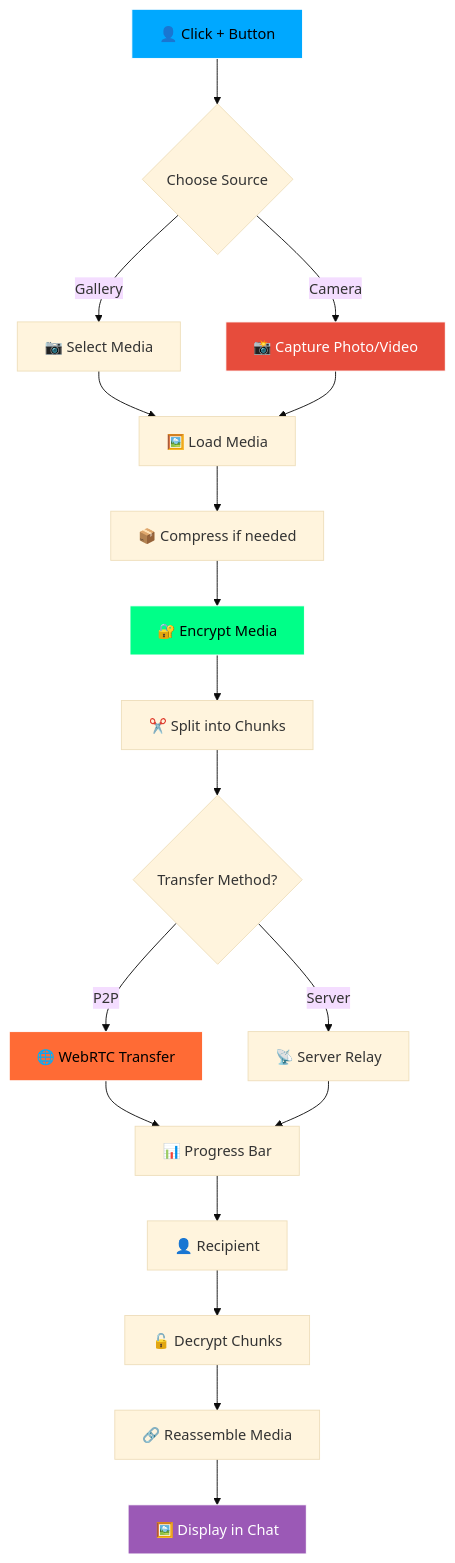
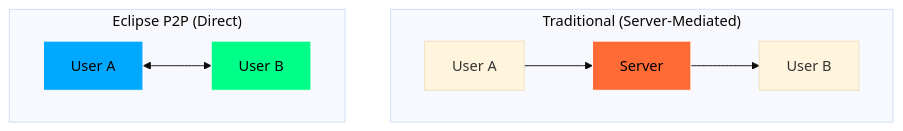
The sixth of 9 diagrams in README.md (Hetpatel01021111/Eclipse), drawn with Mermaid (base theme) before and after one commit. The commit also changed other lines of this file, not shown here.

Commit message:
docs: create comprehensive README with detailed architecture, security, and deployment guides

````diff
--- a/README.md
+++ b/README.md
@@ -145,31 +486,15 @@
 ```mermaid
 graph TB
-    A[👤 Click + Button] --> B{Choose Source}
-    B -->|Gallery| C[📷 Select Media]
-    B -->|Camera| D[📸 Capture Photo/Video]
+    subgraph "Traditional (Server-Mediated)"
+        A1[User A] --> S[Server]
+        S --> B1[User B]
+    end
     
-    C --> E[🖼️ Load Media]
-    D --> E
+    subgraph "Eclipse P2P (Direct)"
+        A2[User A] <--> B2[User B]
+    end
     
-    E --> F[📦 Compress if needed]
-    F --> G[🔐 Encrypt Media]
-    G --> H[✂️ Split into Chunks]
-    H --> I{Transfer Method?}
-    
-    I -->|P2P| J[🌐 WebRTC Transfer]
-    I -->|Server| K[📡 Server Relay]
-    
-    J --> L[📊 Progress Bar]
-    K --> L
-    
-    L --> M[👤 Recipient]
-    M --> N[🔓 Decrypt Chunks]
-    N --> O[🔗 Reassemble Media]
-    O --> P[🖼️ Display in Chat]
-    
-    style A fill:#00a8ff,stroke:#fff,color:#000
-    style D fill:#e74c3c,stroke:#fff,color:#fff
-    style G fill:#00ff88,stroke:#fff,color:#000
-    style J fill:#ff6b35,stroke:#fff,color:#000
-    style P fill:#9b59b6,stroke:#fff,color:#fff
+    style A2 fill:#00a8ff,stroke:#fff,color:#000
+    style B2 fill:#00ff88,stroke:#fff,color:#000
+    style S fill:#ff6b35,stroke:#fff,color:#000
 ```
````
